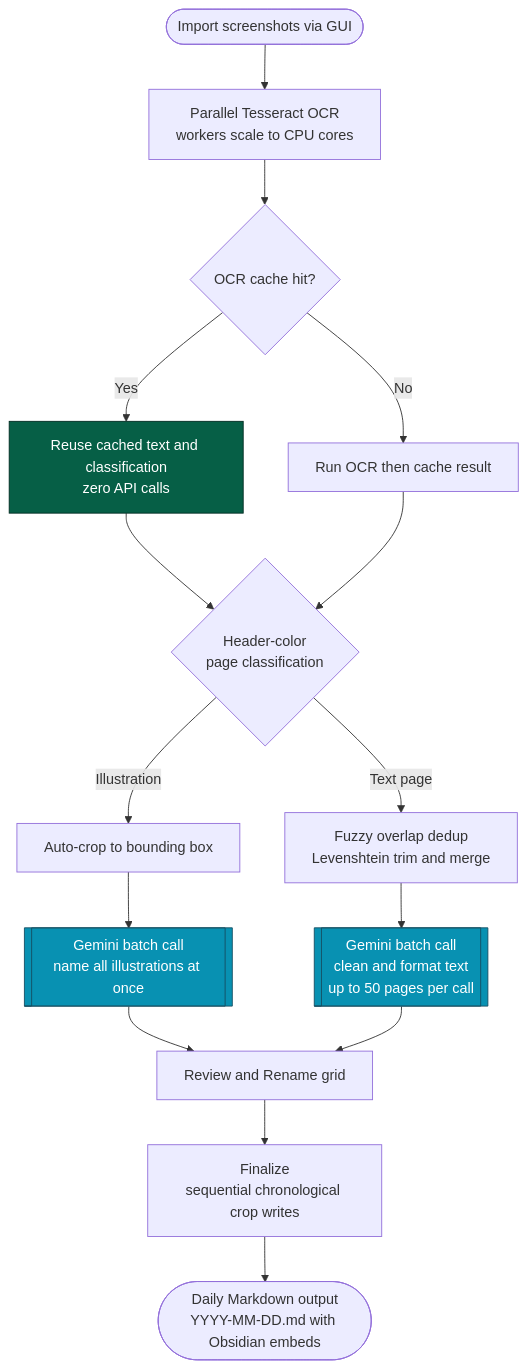
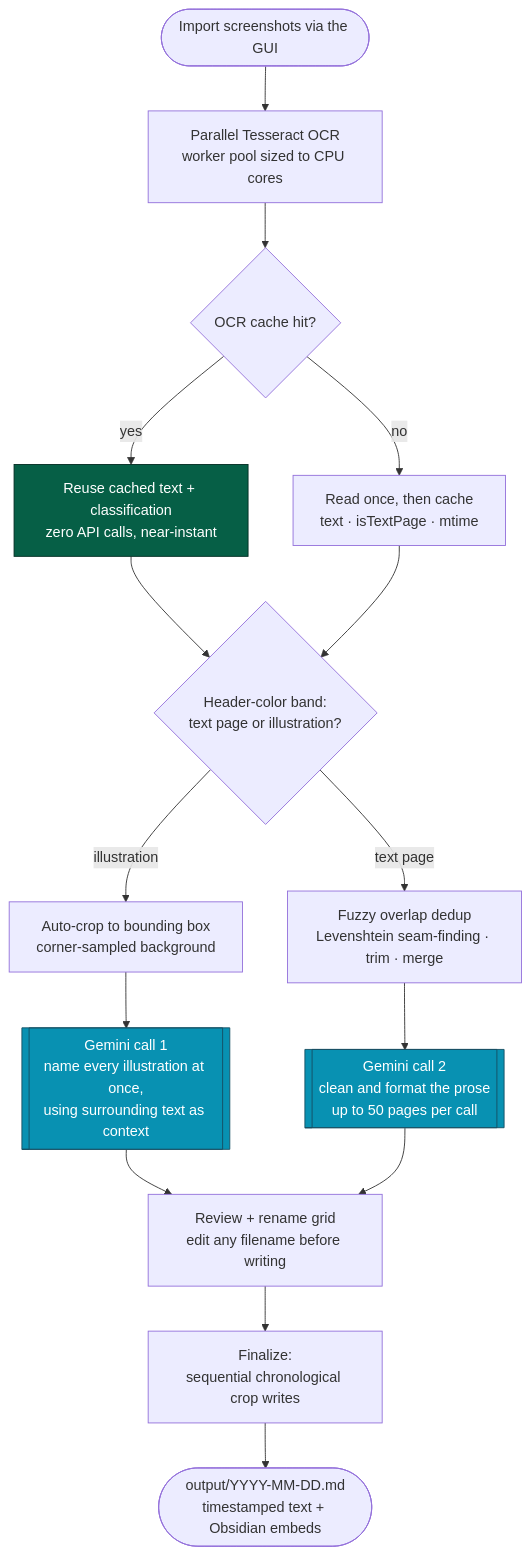
The first of 3 diagrams in README.md (DyllonWright/E-Reader-Screenshot-Transcriber), drawn with Mermaid before and after one commit. The commit also changed other lines of this file, not shown here.

````diff
--- a/README.md
+++ b/README.md
@@ -13,22 +27,22 @@
 ```mermaid
 flowchart TD
-    A([Import screenshots via GUI]) --> B[Parallel Tesseract OCR<br/>workers scale to CPU cores]
-    B --> C{OCR cache hit?}
-    C -->|Yes| D[Reuse cached text and classification<br/>zero API calls]
-    C -->|No| E[Run OCR then cache result]
-    D --> F{Header-color<br/>page classification}
+    A(["Import screenshots via the GUI"]) --> B["Parallel Tesseract OCR<br/>worker pool sized to CPU cores"]
+    B --> C{"OCR cache hit?"}
+    C -->|yes| D["Reuse cached text + classification<br/>zero API calls, near-instant"]
+    C -->|no| E["Read once, then cache<br/>text · isTextPage · mtime"]
+    D --> F{"Header-color band:<br/>text page or illustration?"}
     E --> F
-    F -->|Text page| G[Fuzzy overlap dedup<br/>Levenshtein trim and merge]
-    F -->|Illustration| H[Auto-crop to bounding box]
-    H --> I[[Gemini batch call<br/>name all illustrations at once]]
-    G --> J[[Gemini batch call<br/>clean and format text<br/>up to 50 pages per call]]
-    I --> K[Review and Rename grid]
+    F -->|"text page"| G["Fuzzy overlap dedup<br/>Levenshtein seam-finding · trim · merge"]
+    F -->|"illustration"| H["Auto-crop to bounding box<br/>corner-sampled background"]
+    H --> I[["Gemini call 1<br/>name every illustration at once,<br/>using surrounding text as context"]]
+    G --> J[["Gemini call 2<br/>clean and format the prose<br/>up to 50 pages per call"]]
+    I --> K["Review + rename grid<br/>edit any filename before writing"]
     J --> K
-    K --> L[Finalize<br/>sequential chronological crop writes]
-    L --> M([Daily Markdown output<br/>YYYY-MM-DD.md with Obsidian embeds])
+    K --> L["Finalize:<br/>sequential chronological crop writes"]
+    L --> M(["output/YYYY-MM-DD.md<br/>timestamped text + Obsidian embeds"])
 
     classDef gemini fill:#0891b2,stroke:#164e63,color:#fff;
     classDef cache fill:#065f46,stroke:#022c22,color:#fff;
     class I,J gemini;
     class D cache;
 ```
````
